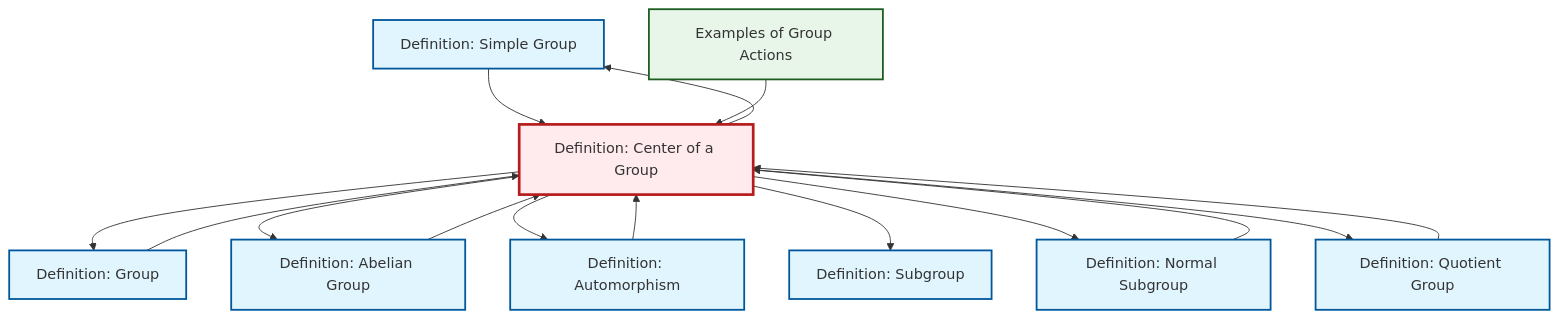
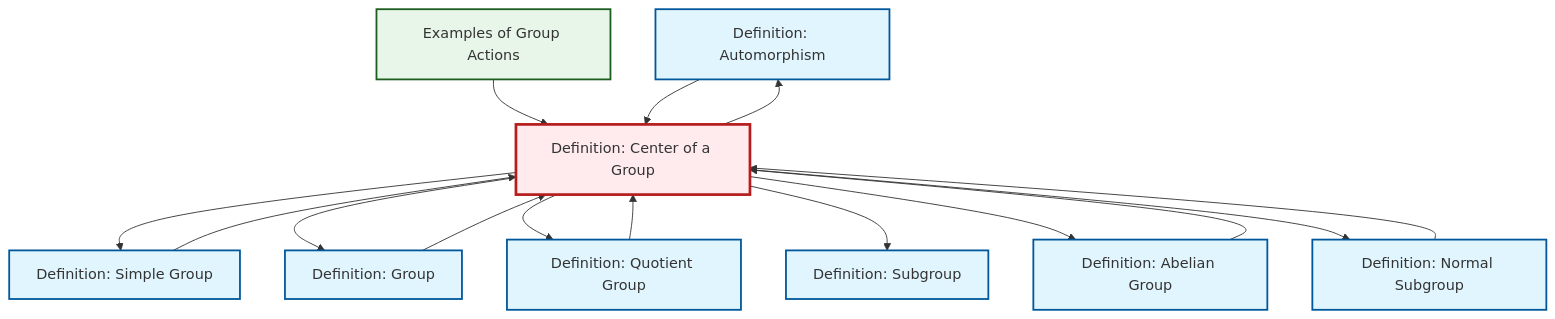
The diagram in content/en/algebra/def-center-of-group.qmd (RK0429/ModernMath), drawn with Mermaid before and after one commit. The commit also changed other lines of this file and 1069 other files, not shown here.

````diff
--- a/content/en/algebra/def-center-of-group.qmd
+++ b/content/en/algebra/def-center-of-group.qmd
@@ -111,41 +111,41 @@
 ```{mermaid}
 %%| fig-cap: "Local dependency graph"
 graph TD
     classDef definition fill:#e1f5fe,stroke:#01579b,stroke-width:2px
     classDef theorem fill:#f3e5f5,stroke:#4a148c,stroke-width:2px
     classDef axiom fill:#fff3e0,stroke:#e65100,stroke-width:2px
     classDef example fill:#e8f5e9,stroke:#1b5e20,stroke-width:2px
     classDef current fill:#ffebee,stroke:#b71c1c,stroke-width:3px
-    def-simple-group["Definition: Simple Group"]:::definition
-    def-center-of-group["Definition: Center of a Group"]:::definition
-    def-group["Definition: Group"]:::definition
-    def-quotient-group["Definition: Quotient Group"]:::definition
+    def-automorphism["Definition: Automorphism"]:::definition
+    def-normal-subgroup["Definition: Normal Subgroup"]:::definition
     def-subgroup["Definition: Subgroup"]:::definition
     ex-group-action-examples["Examples of Group Actions"]:::example
-    def-normal-subgroup["Definition: Normal Subgroup"]:::definition
+    def-quotient-group["Definition: Quotient Group"]:::definition
     def-abelian-group["Definition: Abelian Group"]:::definition
-    def-automorphism["Definition: Automorphism"]:::definition
+    def-center-of-group["Definition: Center of a Group"]:::definition
+    def-simple-group["Definition: Simple Group"]:::definition
+    def-group["Definition: Group"]:::definition
+    def-center-of-group --> def-simple-group
+    ex-group-action-examples --> def-center-of-group
     def-center-of-group --> def-group
+    def-center-of-group --> def-quotient-group
+    def-center-of-group --> def-subgroup
+    def-center-of-group --> def-automorphism
+    def-center-of-group --> def-abelian-group
     def-abelian-group --> def-center-of-group
-    def-center-of-group --> def-simple-group
+    def-normal-subgroup --> def-center-of-group
+    def-group --> def-center-of-group
+    def-center-of-group --> def-normal-subgroup
+    def-automorphism --> def-center-of-group
+    def-quotient-group --> def-center-of-group
     def-simple-group --> def-center-of-group
-    def-center-of-group --> def-abelian-group
-    def-quotient-group --> def-center-of-group
-    def-group --> def-center-of-group
-    def-automorphism --> def-center-of-group
-    def-normal-subgroup --> def-center-of-group
-    def-center-of-group --> def-automorphism
-    def-center-of-group --> def-subgroup
-    ex-group-action-examples --> def-center-of-group
-    def-center-of-group --> def-normal-subgroup
-    def-center-of-group --> def-quotient-group
     class def-center-of-group current
+    click def-automorphism "def-automorphism.html" "Go to Automorphism definition"
+    click def-normal-subgroup "def-normal-subgroup.html" "Go to Normal Subgroup definition"
+    click def-subgroup "def-subgroup.html" "Go to Subgroup definition"
+    click ex-group-action-examples "ex-group-action-examples.html" "Go to Examples of Group Actions"
+    click def-quotient-group "def-quotient-group.html" "Go to Quotient Group definition"
+    click def-abelian-group "def-abelian-group.html" "Go to Abelian Group definition"
     click def-simple-group "def-simple-group.html" "Go to Simple Group definition"
     click def-group "def-group.html" "Go to Group definition"
-    click def-quotient-group "def-quotient-group.html" "Go to Quotient Group definition"
-    click def-subgroup "def-subgroup.html" "Go to Subgroup definition"
-    click ex-group-action-examples "ex-group-action-examples.html" "Go to Examples of Group Actions"
-    click def-normal-subgroup "def-normal-subgroup.html" "Go to Normal Subgroup definition"
-    click def-abelian-group "def-abelian-group.html" "Go to Abelian Group definition"
-    click def-automorphism "def-automorphism.html" "Go to Automorphism definition"
 ```
````
